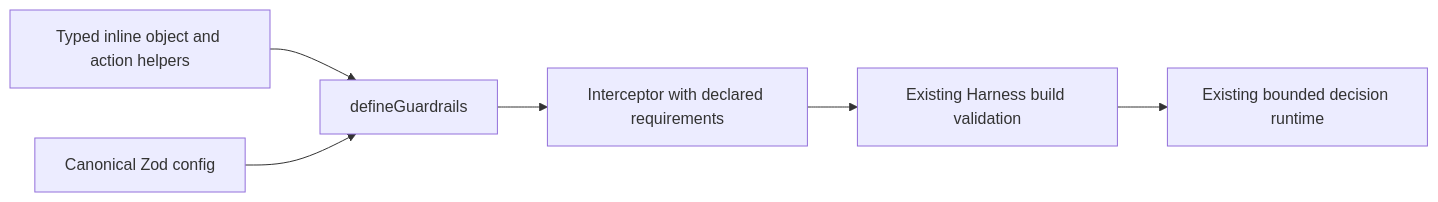
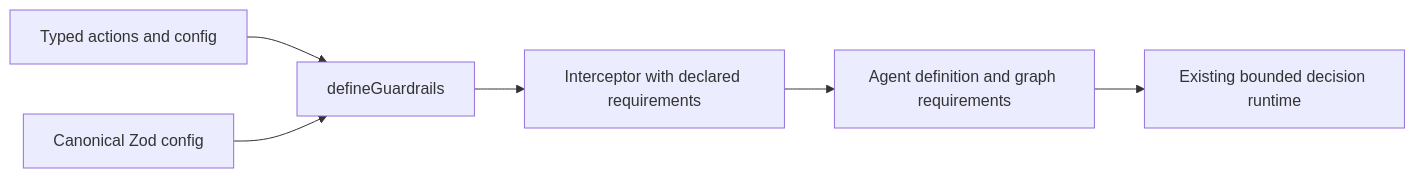
Before and after one commit to puristajs/harness: the diagram in specs/38-guardrail-authoring/00-architecture-overview.md, drawn with Mermaid. The commit also changed other lines of this file and 60 other files, not shown here.

````diff
--- a/specs/38-guardrail-authoring/00-architecture-overview.md
+++ b/specs/38-guardrail-authoring/00-architecture-overview.md
@@ -3,8 +3,8 @@
 ```mermaid
 flowchart LR
-  TS[Typed inline object and action helpers] --> Compile[defineGuardrails]
+  TS[Typed actions and config] --> Compile[defineGuardrails]
   Schema[Canonical Zod config] --> Compile
   Compile --> Attach[Interceptor with declared requirements]
-  Attach --> Build[Existing Harness build validation]
-  Build --> Run[Existing bounded decision runtime]
+  Attach --> Graph[Agent definition and graph requirements]
+  Graph --> Run[Existing bounded decision runtime]
 ```
````
